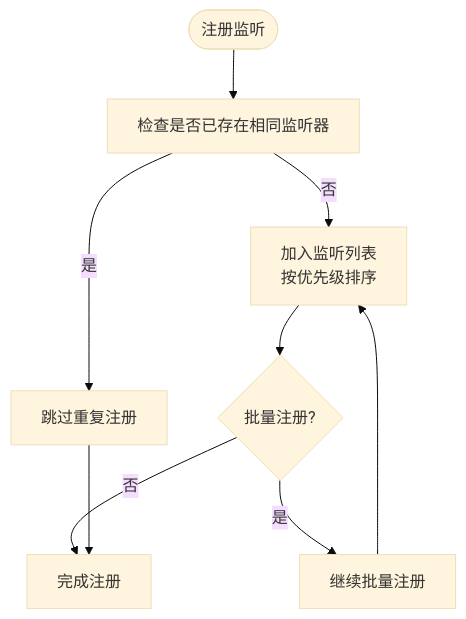
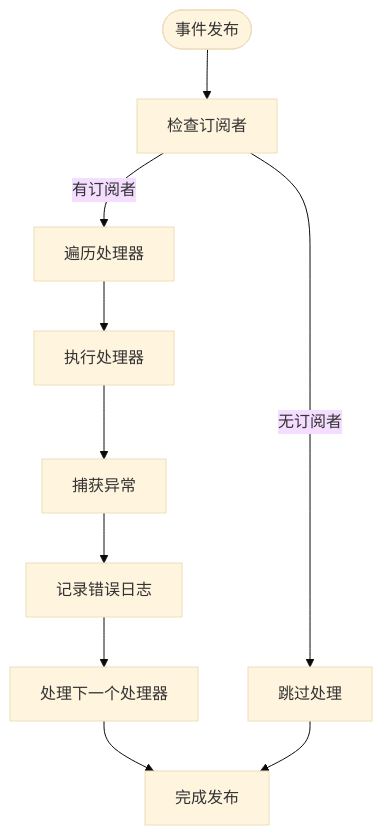
One commit to Easemob-Community/easemob-uikit-callkit-vue3 changed the third of 8 diagrams in .qoder/repowiki/zh/content/高级功能/事件监听管理.md. Above: the diagram before and after it, drawn with Mermaid (base theme). The commit also changed other lines of this file and 40 other files, not shown here.

````diff
--- a/.qoder/repowiki/zh/content/高级功能/事件监听管理.md
+++ b/.qoder/repowiki/zh/content/高级功能/事件监听管理.md
@@ -143,11 +179,12 @@
 ```mermaid
 flowchart TD
-Start(["注册监听"]) --> CheckDup["检查是否已存在相同监听器"]
-CheckDup --> |是| Skip["跳过重复注册"]
-CheckDup --> |否| Add["加入监听列表<br/>按优先级排序"]
-Add --> Batch{"批量注册?"}
-Batch --> |是| NextBatch["继续批量注册"]
-Batch --> |否| Done["完成注册"]
+Start(["事件发布"]) --> Check["检查订阅者"]
+Check --> |无订阅者| Skip["跳过处理"]
+Check --> |有订阅者| Emit["遍历处理器"]
+Emit --> Try["执行处理器"]
+Try --> Catch["捕获异常"]
+Catch --> Log["记录错误日志"]
+Log --> Next["处理下一个处理器"]
+Next --> Done["完成发布"]
 Skip --> Done
-NextBatch --> Add
 ```
````
